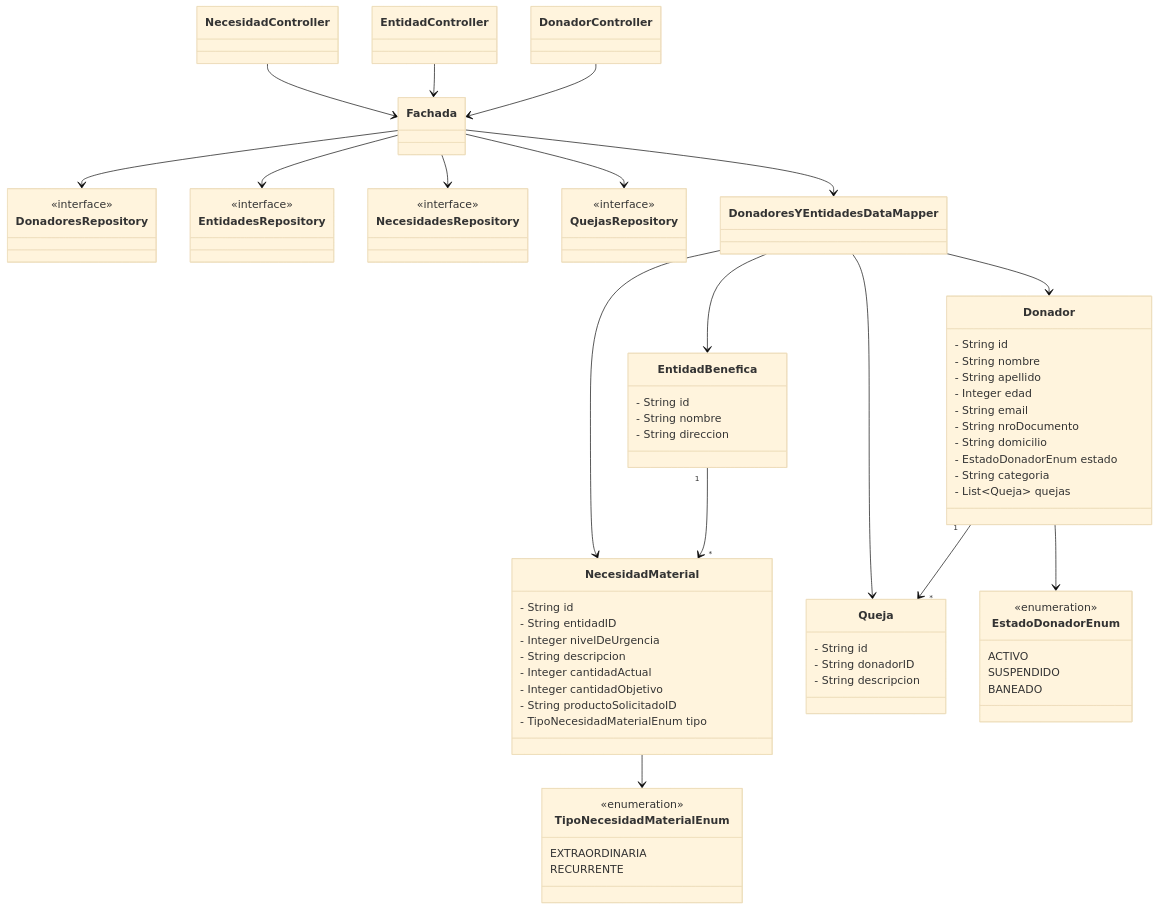
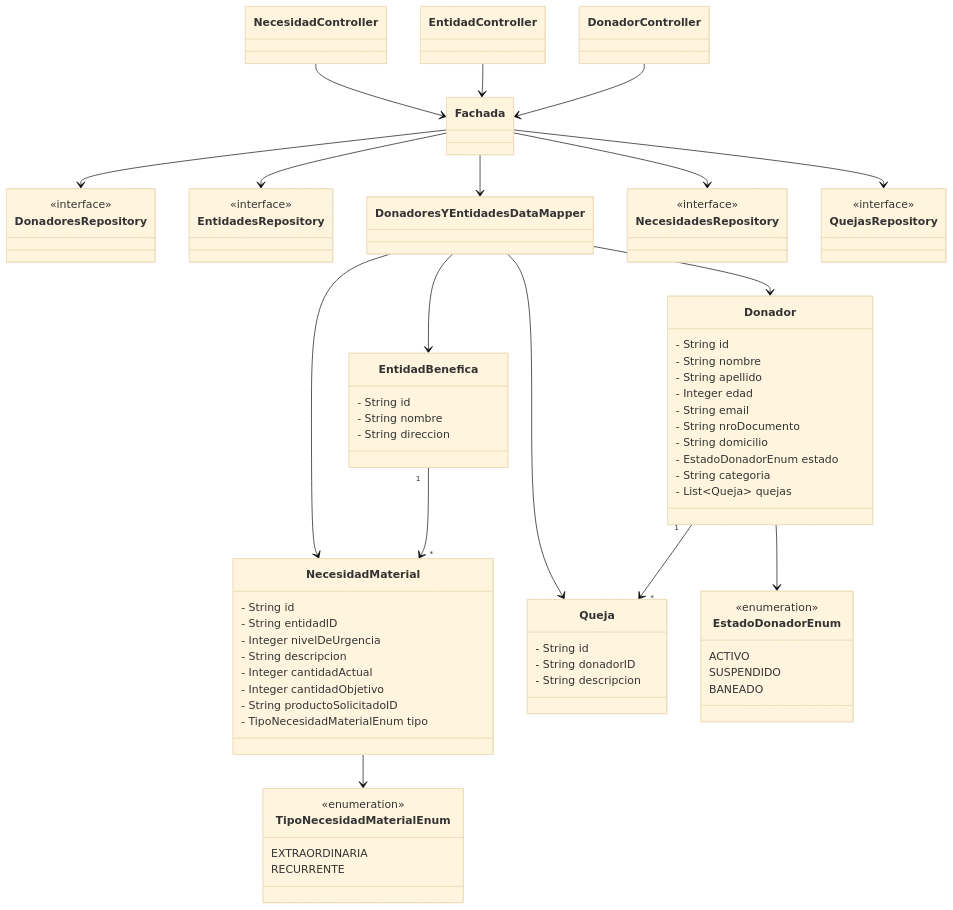
The diagram in docs/clases.md (2026-ddsi-tpa-El-stack-de-mama/Donadores-y-Entidades), drawn with Mermaid (base theme) before and after one commit. The commit also changed other lines of this file, not shown here.

Commit message:
actualizo diagrama de clases++

```diff
--- a/docs/clases.md
+++ b/docs/clases.md
@@ -60,6 +60,8 @@
   <<interface>>
 }
 
+class DonadoresYEntidadesDataMapper
+
 class NecesidadesRepository {
   <<interface>>
 }
@@ -68,8 +70,6 @@
   <<interface>>
 }
 
-
-class DonadoresYEntidadesDataMapper
 
 class Fachada
 
```
